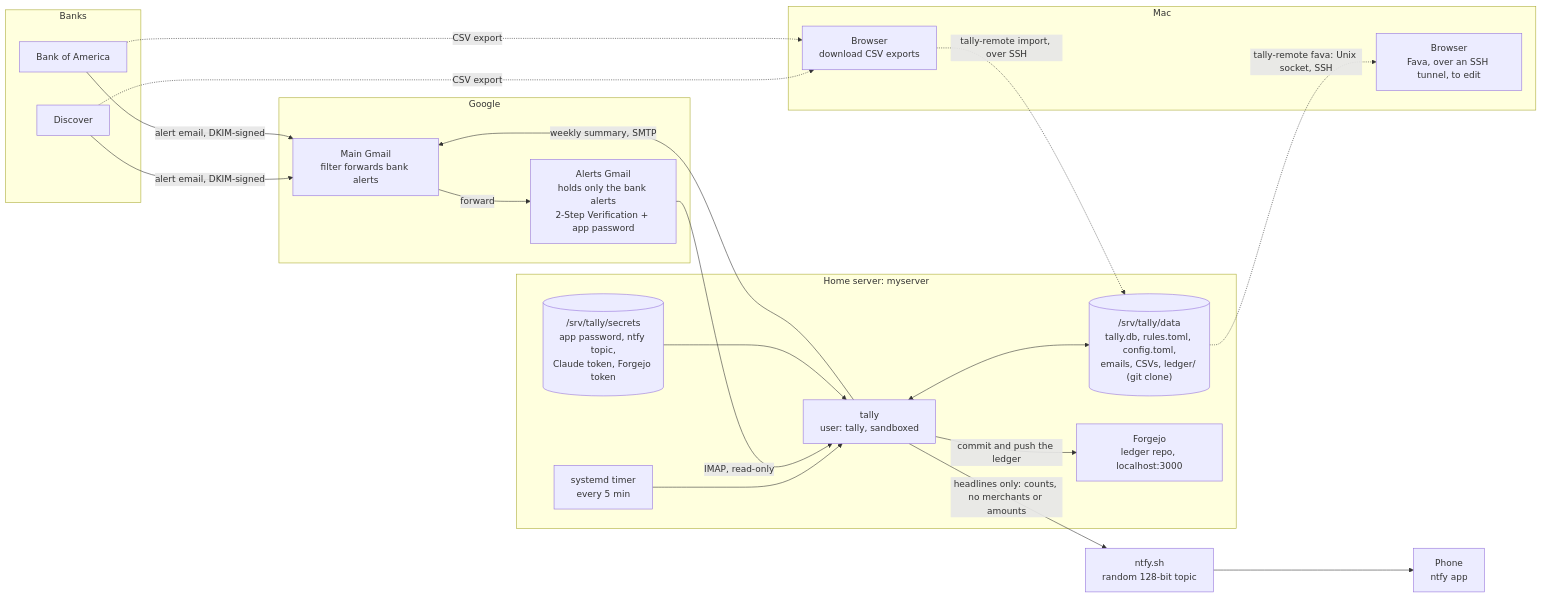
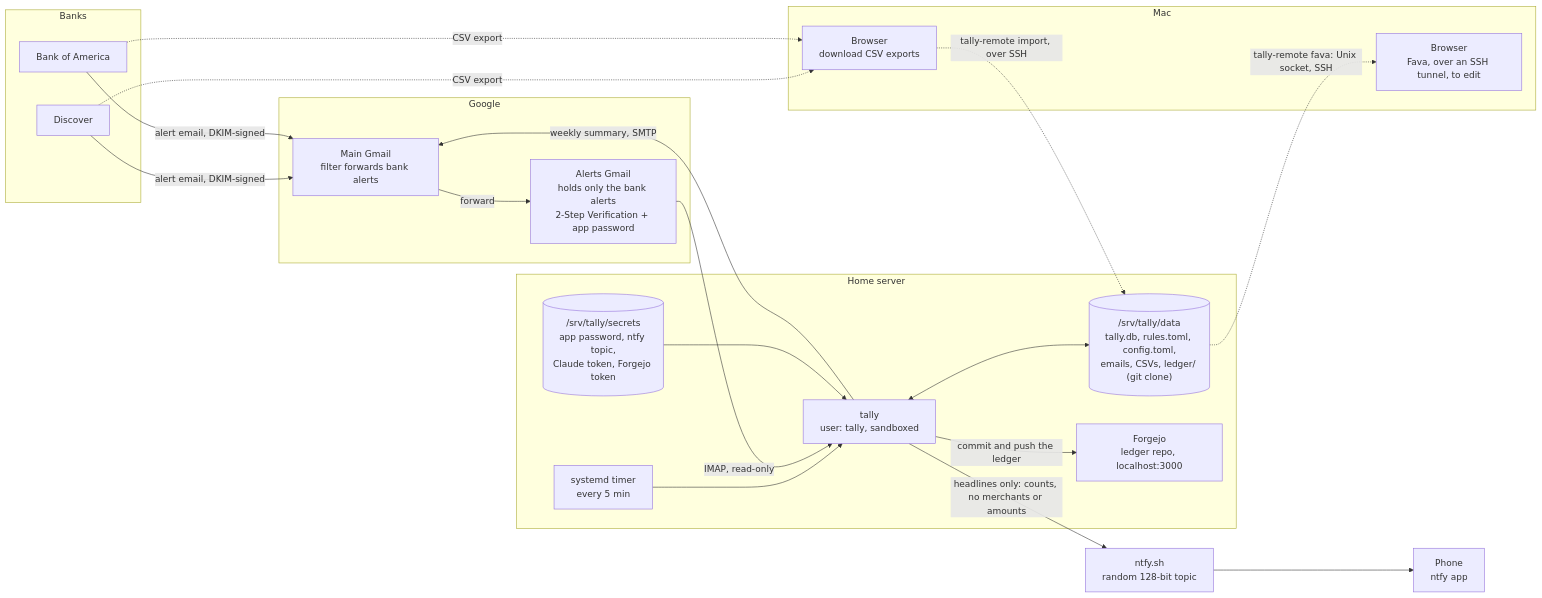
Before and after one commit to vmenon04/tally: the first of 6 diagrams in docs/architecture.md, drawn with Mermaid. The commit also changed 4 other files, not shown here.

````diff
--- a/docs/architecture.md
+++ b/docs/architecture.md
@@ -12,45 +12,45 @@
 ```mermaid
 flowchart LR
     subgraph banks["Banks"]
         discover_bank["Discover"]
         bofa_bank["Bank of America"]
     end
 
     subgraph google["Google"]
         main_gmail["Main Gmail<br/>filter forwards bank alerts"]
         alerts_gmail["Alerts Gmail<br/>holds only the bank alerts<br/>2-Step Verification + app password"]
     end
 
     subgraph mac["Mac"]
         browser["Browser<br/>download CSV exports"]
         fava_view["Browser<br/>Fava, over an SSH tunnel, to edit"]
     end
 
-    subgraph server["Home server: myserver"]
+    subgraph server["Home server"]
         timer["systemd timer<br/>every 5 min"]
         tally["tally<br/>user: tally, sandboxed"]
         data[("/srv/tally/data<br/>tally.db, rules.toml, config.toml,<br/>emails, CSVs, ledger/ (git clone)")]
         secrets[("/srv/tally/secrets<br/>app password, ntfy topic,<br/>Claude token, Forgejo token")]
         forgejo["Forgejo<br/>ledger repo, localhost:3000"]
     end
 
     ntfy["ntfy.sh<br/>random 128-bit topic"]
     phone["Phone<br/>ntfy app"]
 
     discover_bank -- "alert email, DKIM-signed" --> main_gmail
     bofa_bank -- "alert email, DKIM-signed" --> main_gmail
     main_gmail -- "forward" --> alerts_gmail
     discover_bank -. "CSV export" .-> browser
     bofa_bank -. "CSV export" .-> browser
     browser -. "tally-remote import, over SSH" .-> data
 
     timer --> tally
     alerts_gmail -- "IMAP, read-only" --> tally
     tally <--> data
     secrets --> tally
     tally -- "commit and push the ledger" --> forgejo
     data -. "tally-remote fava: Unix socket, SSH" .-> fava_view
     tally -- "weekly summary, SMTP" --> main_gmail
     tally -- "headlines only: counts, no merchants or amounts" --> ntfy
     ntfy --> phone
 ```
````
